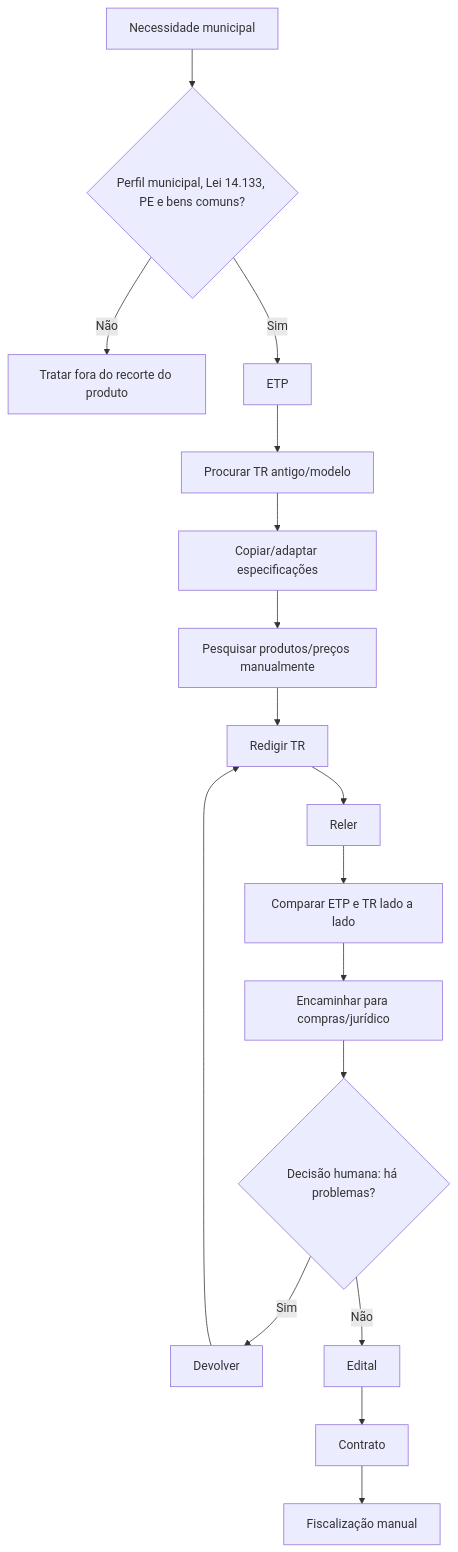
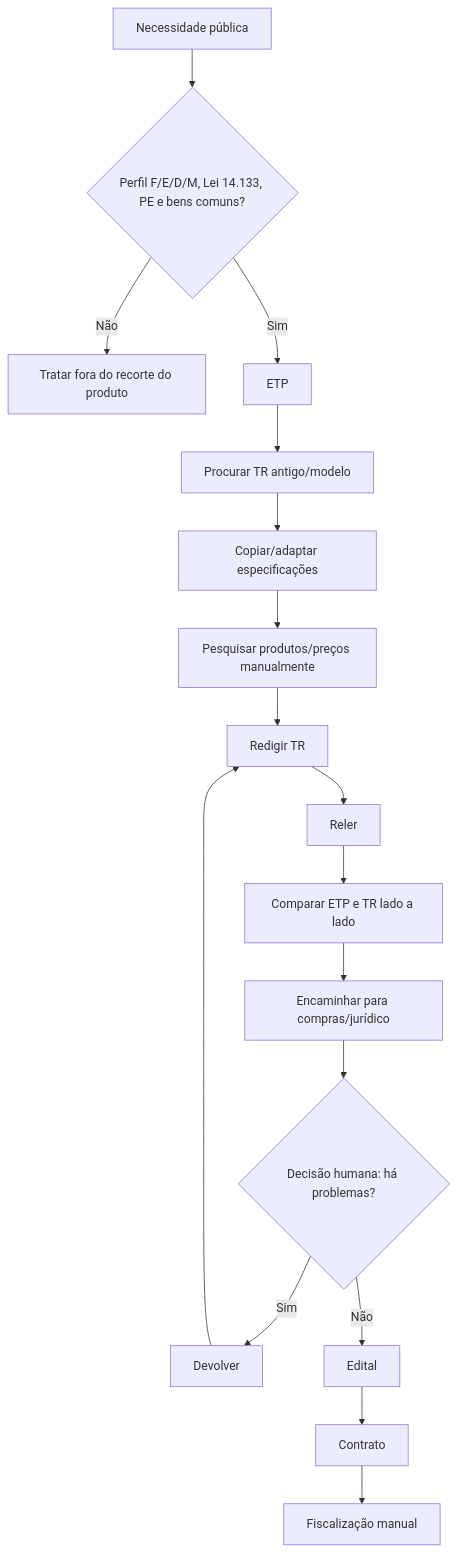
The first of 4 diagrams in docs/03_USAGE_FLOWS.md (augustoFranke/licita), drawn with Mermaid before and after one commit. The commit also changed other lines of this file and 34 other files, not shown here.

````diff
--- a/docs/03_USAGE_FLOWS.md
+++ b/docs/03_USAGE_FLOWS.md
@@ -27,19 +27,19 @@
 ```mermaid
 flowchart TD
-    A[Necessidade municipal] --> S{Perfil municipal, Lei 14.133, PE e bens comuns?}
+    A[Necessidade pública] --> S{Perfil F/E/D/M, Lei 14.133, PE e bens comuns?}
     S -- Não --> X[Tratar fora do recorte do produto]
     S -- Sim --> B[ETP]
     B --> C[Procurar TR antigo/modelo]
     C --> D[Copiar/adaptar especificações]
     D --> E[Pesquisar produtos/preços manualmente]
     E --> F[Redigir TR]
     F --> G[Reler]
     G --> H[Comparar ETP e TR lado a lado]
     H --> I[Encaminhar para compras/jurídico]
     I --> J{Decisão humana: há problemas?}
     J -- Sim --> K[Devolver]
     K --> F
     J -- Não --> L[Edital]
     L --> M[Contrato]
     M --> N[Fiscalização manual]
 ```
````
